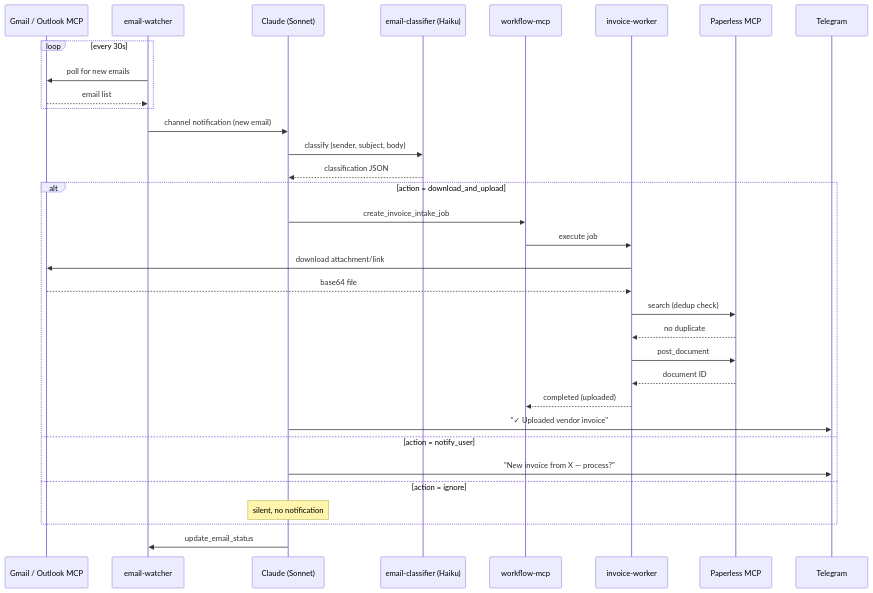
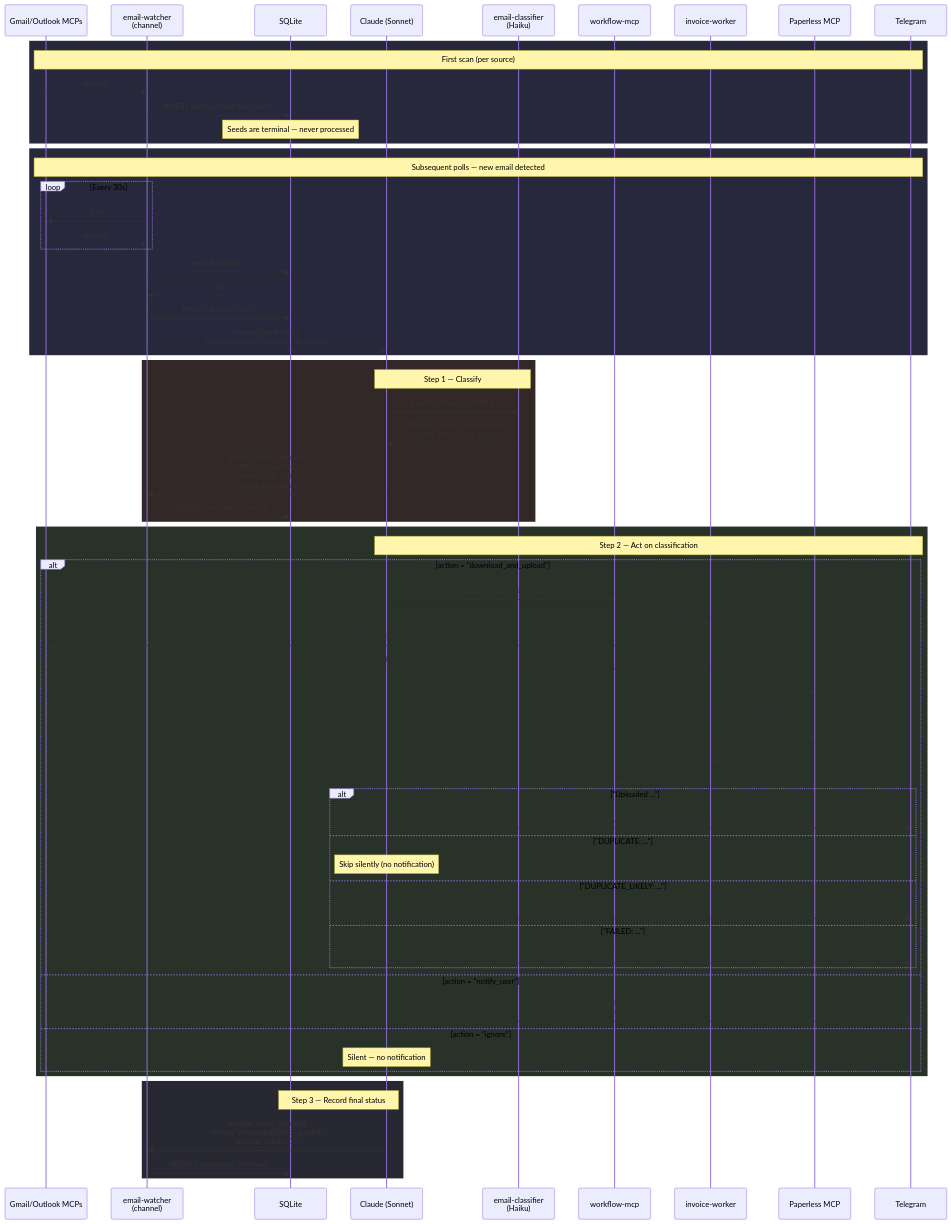
Before and after one commit to mcsdodo/personal-assistant: the second of 3 diagrams in docs/uc1-invoice-processing.md, drawn with Mermaid. The commit also changed other lines of this file, not shown here.

Commit message:
docs(personal-assistant): merge README status flow into UC-1 doc
Absorb the colored sequence diagram, seed phase, status lifecycle
state diagram, status reference table, and design decisions from
the standalone README.md into uc1-invoice-processing.md — eliminating
the duplication while updating participants to the current
workflow-mcp/invoice-worker architecture.

````diff
--- a/docs/uc1-invoice-processing.md
+++ b/docs/uc1-invoice-processing.md
@@ -35,39 +35,77 @@
 ```mermaid
 sequenceDiagram
-    participant G as Gmail / Outlook MCP
-    participant EW as email-watcher
+    participant G as Gmail/Outlook MCPs
+    participant EW as email-watcher<br/>(channel)
+    participant DB as SQLite
     participant C as Claude (Sonnet)
-    participant CL as email-classifier (Haiku)
+    participant CL as email-classifier<br/>(Haiku)
     participant WF as workflow-mcp
     participant IW as invoice-worker
     participant P as Paperless MCP
     participant TG as Telegram
 
-    loop every 30s
-        EW->>G: poll for new emails
-        G-->>EW: email list
+    rect rgb(40, 40, 60)
+    note over G,TG: First scan (per source)
+    G-->>EW: emails[]
+    EW->>DB: INSERT status="seed" (all emails)
+    note over DB: Seeds are terminal — never processed
     end
 
-    EW->>C: channel notification (new email)
-    C->>CL: classify (sender, subject, body)
-    CL-->>C: classification JSON
+    rect rgb(40, 40, 60)
+    note over G,TG: Subsequent polls — new email detected
+    loop Every 30s
+        EW->>G: poll
+        G-->>EW: emails[]
+    end
+    EW->>DB: emailExists(id)?
+    DB-->>EW: false
+    EW->>DB: INSERT status="new"
+    EW--)C: channel notification<br/>(sender, subject, message_id, source)
+    end
 
-    alt action = download_and_upload
+    rect rgb(50, 40, 40)
+    note over C,CL: Step 1 — Classify
+    C->>CL: dispatch (email metadata)
+    CL-->>C: JSON {is_invoice, confidence,<br/>vendor, action, doc_type}
+    C->>EW: update_email_status(id,<br/>status="classified",<br/>classification, action,<br/>vendor, confidence)
+    EW->>DB: UPDATE classified_at=now()
+    end
+
+    rect rgb(40, 50, 40)
+    note over C,TG: Step 2 — Act on classification
+
+    alt action = "download_and_upload"
         C->>WF: create_invoice_intake_job
         WF->>IW: execute job
         IW->>G: download attachment/link
         G-->>IW: base64 file
         IW->>P: search (dedup check)
         P-->>IW: no duplicate
         IW->>P: post_document
         P-->>IW: document ID
-        IW-->>WF: completed (uploaded)
-        C->>TG: "✓ Uploaded vendor invoice"
-    else action = notify_user
-        C->>TG: "New invoice from X — process?"
-    else action = ignore
-        Note over C: silent, no notification
+        IW-->>WF: completed
+
+        alt "Uploaded ..."
+            C->>TG: reply("Uploaded {vendor} invoice")
+        else "DUPLICATE: ..."
+            note over C: Skip silently (no notification)
+        else "DUPLICATE_LIKELY: ..."
+            C->>TG: reply("Ask user: proceed?")
+        else "FAILED: ..."
+            C->>TG: reply("{vendor} failed: {reason}")
+        end
+
+    else action = "notify_user"
+        C->>TG: reply("New invoice from {sender}.<br/>Process? Reply yes/no")
+
+    else action = "ignore"
+        note over C: Silent — no notification
+    end
     end
 
-    C->>EW: update_email_status
+    rect rgb(40, 40, 50)
+    note over C,DB: Step 3 — Record final status
+    C->>EW: update_email_status(id,<br/>status="processed|failed|ignored",<br/>process_result="...")
+    EW->>DB: UPDATE processed_at=now()
+    end
 ```
````
